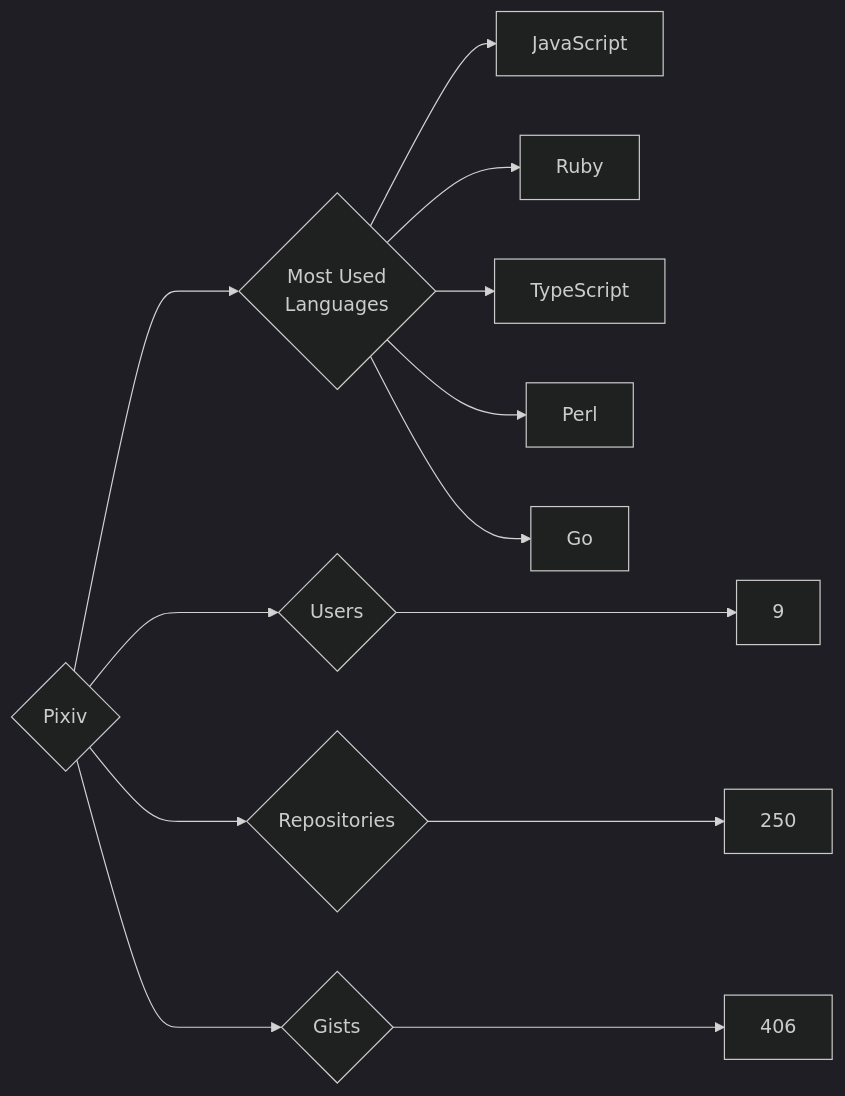
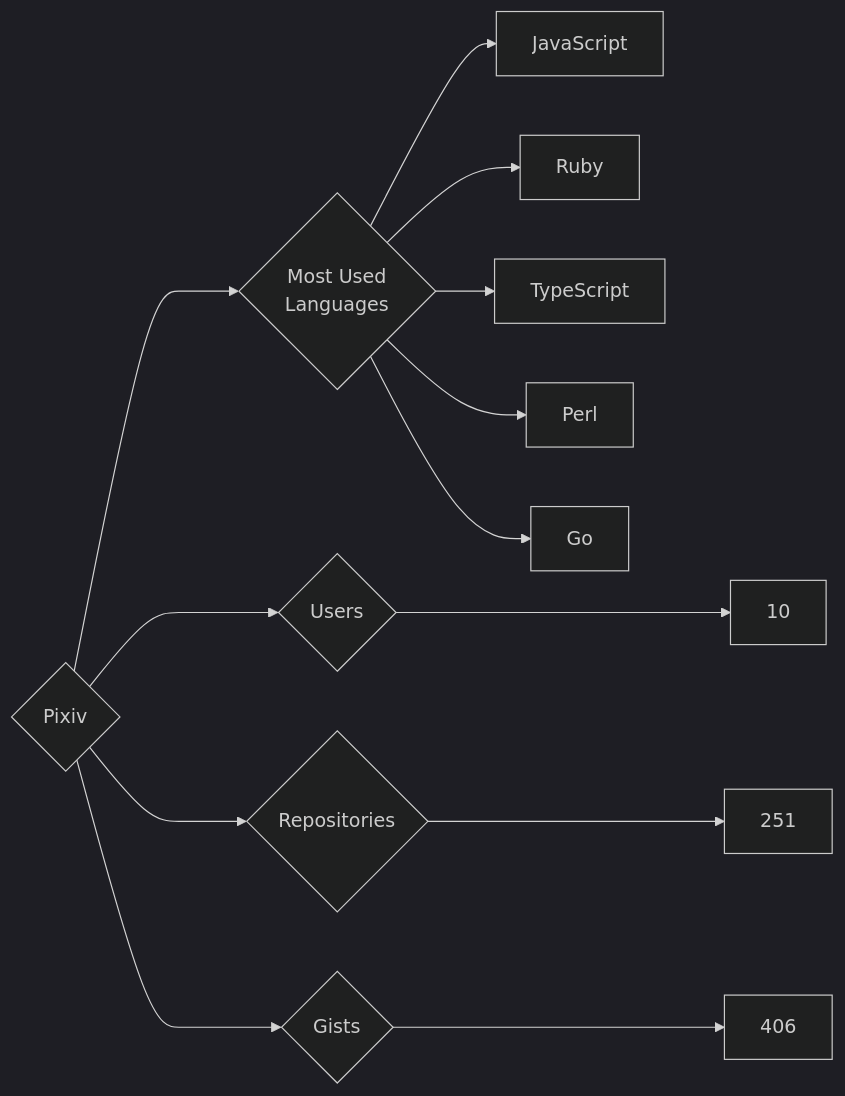
One commit to trickest/insiders changed the diagram in targets/Pixiv/README.md. Above: the diagram before and after it, drawn with Mermaid (dark theme). The commit also changed 787 other files, not shown here.

````diff
--- a/targets/Pixiv/README.md
+++ b/targets/Pixiv/README.md
@@ -3,13 +3,13 @@
 ```mermaid
 graph LR
 COMPANY_NAME{Pixiv}
-COMPANY_NAME ---> U{Users} ---> UN[9]
-COMPANY_NAME ---> R{Repositories} ---> RN[250]
+COMPANY_NAME ---> U{Users} ---> UN[10]
+COMPANY_NAME ---> R{Repositories} ---> RN[251]
 COMPANY_NAME ---> G{Gists} ---> GN[406]
 COMPANY_NAME ---> ML{Most Used<br>Languages}
 ML --> JavaScript[JavaScript]
 ML --> Ruby[Ruby]
 ML --> TypeScript[TypeScript]
 ML --> Perl[Perl]
 ML --> Go[Go]
 ```
````
